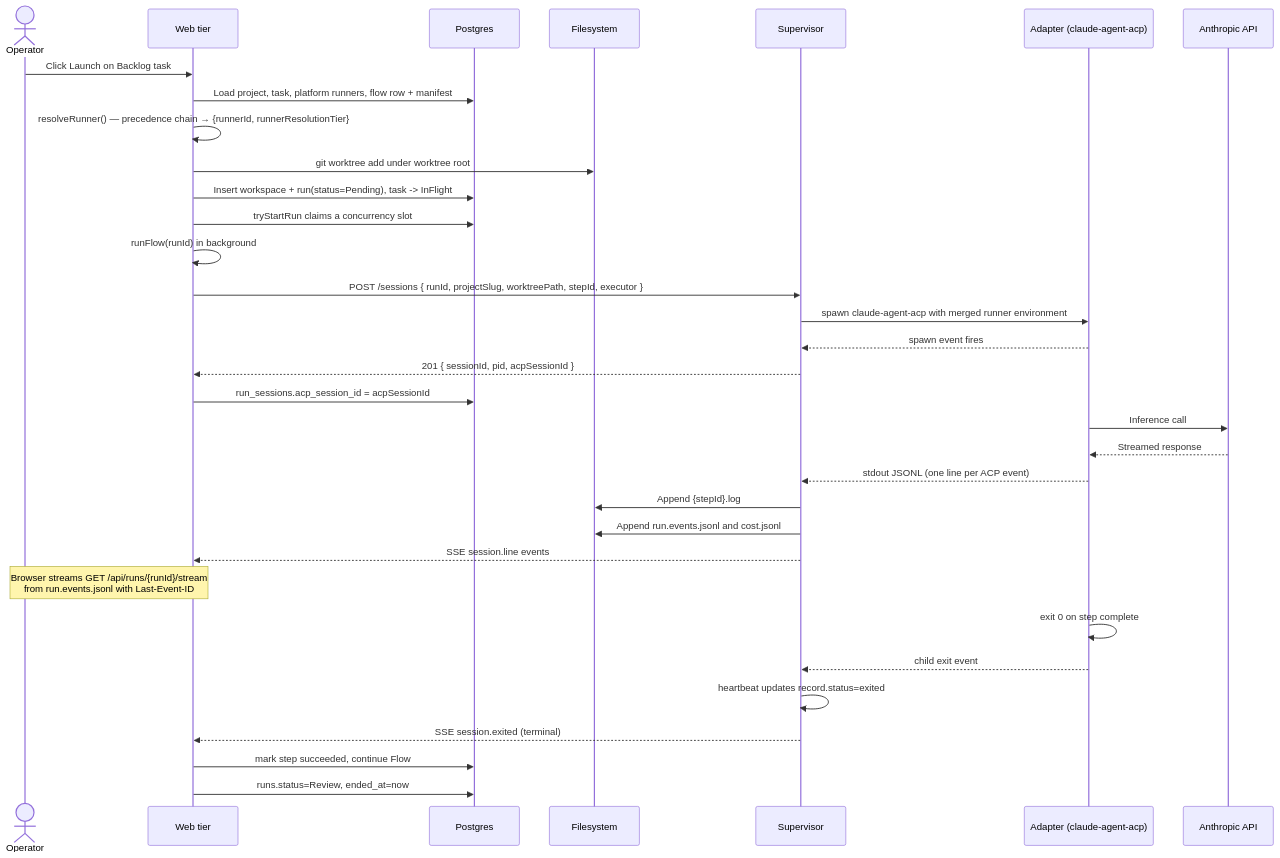
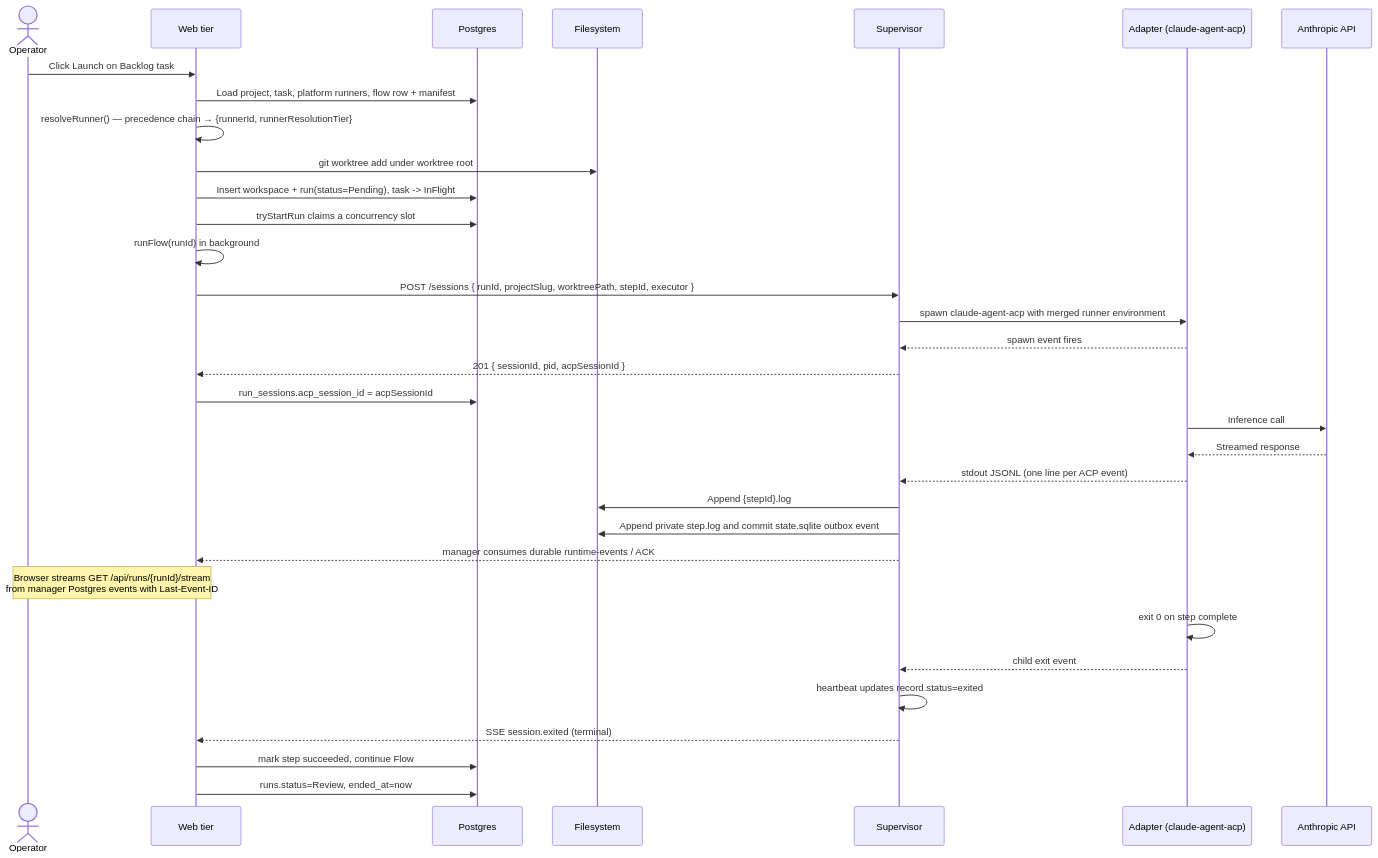
Before and after one commit to maister-dev/maister: the fifth of 7 diagrams in docs/architecture.md, drawn with Mermaid. The commit also changed other lines of this file and 96 other files, not shown here.

````diff
--- a/docs/architecture.md
+++ b/docs/architecture.md
@@ -332,39 +331,39 @@
 ```mermaid
 sequenceDiagram
     actor U as Operator
     participant W as Web tier
     participant DB as Postgres
     participant FS as Filesystem
     participant S as Supervisor
     participant A as Adapter (claude-agent-acp)
     participant LLM as Anthropic API
 
     U->>W: Click Launch on Backlog task
     W->>DB: Load project, task, platform runners, flow row + manifest
     W->>W: resolveRunner() — precedence chain → {runnerId, runnerResolutionTier}
     W->>FS: git worktree add under worktree root
     W->>DB: Insert workspace + run(status=Pending), task -> InFlight
     W->>DB: tryStartRun claims a concurrency slot
     W->>W: runFlow(runId) in background
     W->>S: POST /sessions { runId, projectSlug, worktreePath, stepId, executor }
     S->>A: spawn claude-agent-acp with merged runner environment
     A-->>S: spawn event fires
     S-->>W: 201 { sessionId, pid, acpSessionId }
     W->>DB: run_sessions.acp_session_id = acpSessionId
 
     A->>LLM: Inference call
     LLM-->>A: Streamed response
     A-->>S: stdout JSONL (one line per ACP event)
     S->>FS: Append {stepId}.log
-    S->>FS: Append run.events.jsonl and cost.jsonl
-    S-->>W: SSE session.line events
+    S->>FS: Append private step.log and commit state.sqlite outbox event
+    S-->>W: manager consumes durable runtime-events / ACK
 
-    Note over U,W: Browser streams GET /api/runs/{runId}/stream<br/>from run.events.jsonl with Last-Event-ID
+    Note over U,W: Browser streams GET /api/runs/{runId}/stream<br/>from manager Postgres events with Last-Event-ID
 
     A->>A: exit 0 on step complete
     A-->>S: child exit event
     S->>S: heartbeat updates record.status=exited
     S-->>W: SSE session.exited (terminal)
     W->>DB: mark step succeeded, continue Flow
     W->>DB: runs.status=Review, ended_at=now
 ```
````
